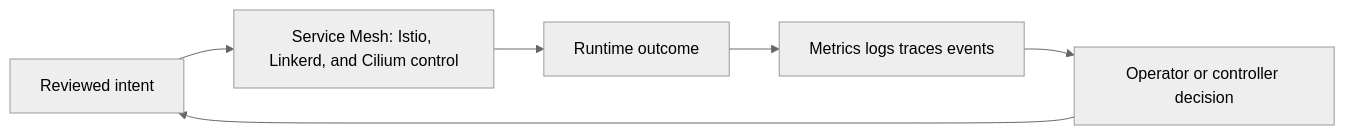
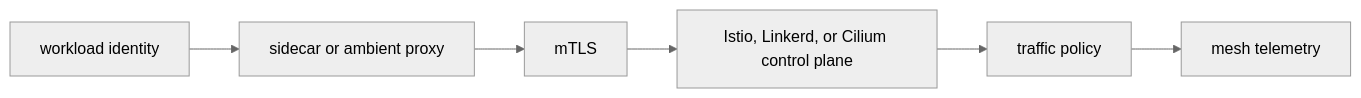
One commit to m1mohamad/devops-sre-prep changed the diagram in docs/study/kubernetes/09-service-mesh-istio-linkerd-cilium.md. Above: the diagram before and after it, drawn with Mermaid (neutral theme). The commit also changed other lines of this file and 61 other files, not shown here.

Commit message:
Replace generic architecture and study templates

````diff
--- a/docs/study/kubernetes/09-service-mesh-istio-linkerd-cilium.md
+++ b/docs/study/kubernetes/09-service-mesh-istio-linkerd-cilium.md
@@ -20,8 +15,4 @@
 ```mermaid
 flowchart LR
-  Intent[Reviewed intent] --> Control[Service Mesh: Istio, Linkerd, and Cilium control]
-  Control --> Runtime[Runtime outcome]
-  Runtime --> Signals[Metrics logs traces events]
-  Signals --> Decision[Operator or controller decision]
-  Decision --> Intent
+  N0[workload identity] --> N1[sidecar or ambient proxy] --> N2[mTLS] --> N3[Istio, Linkerd, or Cilium control plane] --> N4[traffic policy] --> N5[mesh telemetry]
 ```
````
